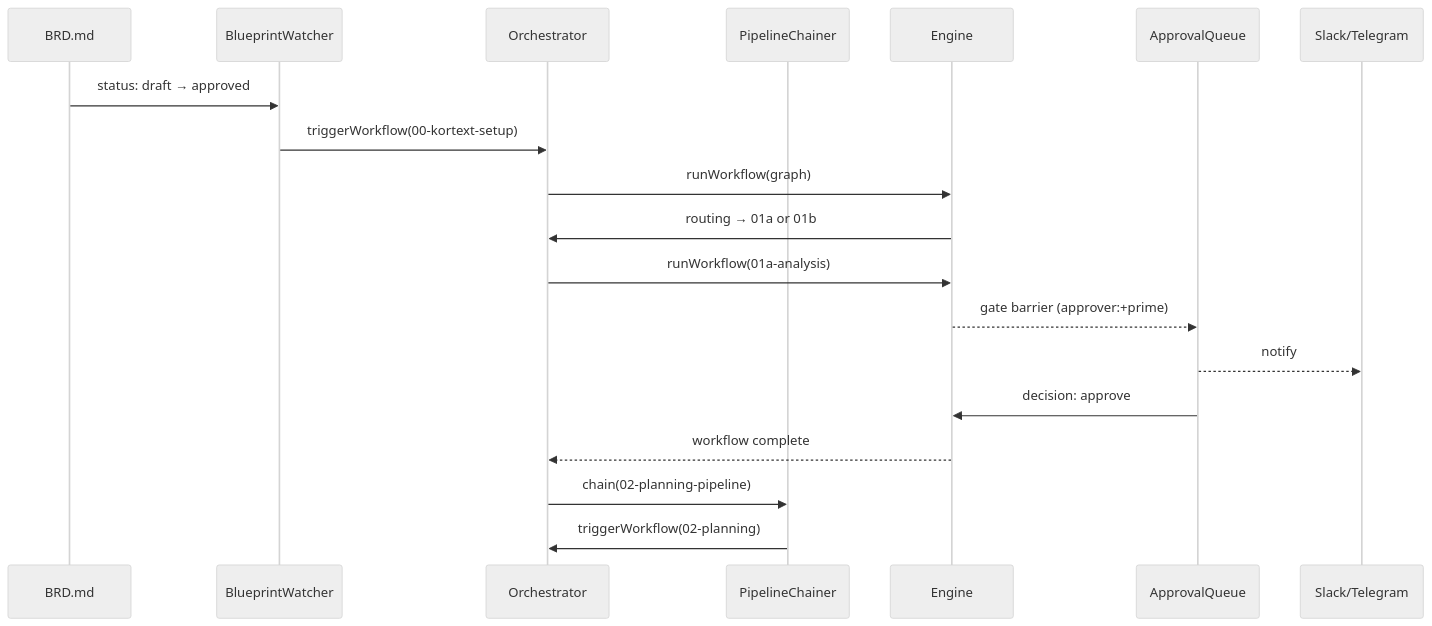
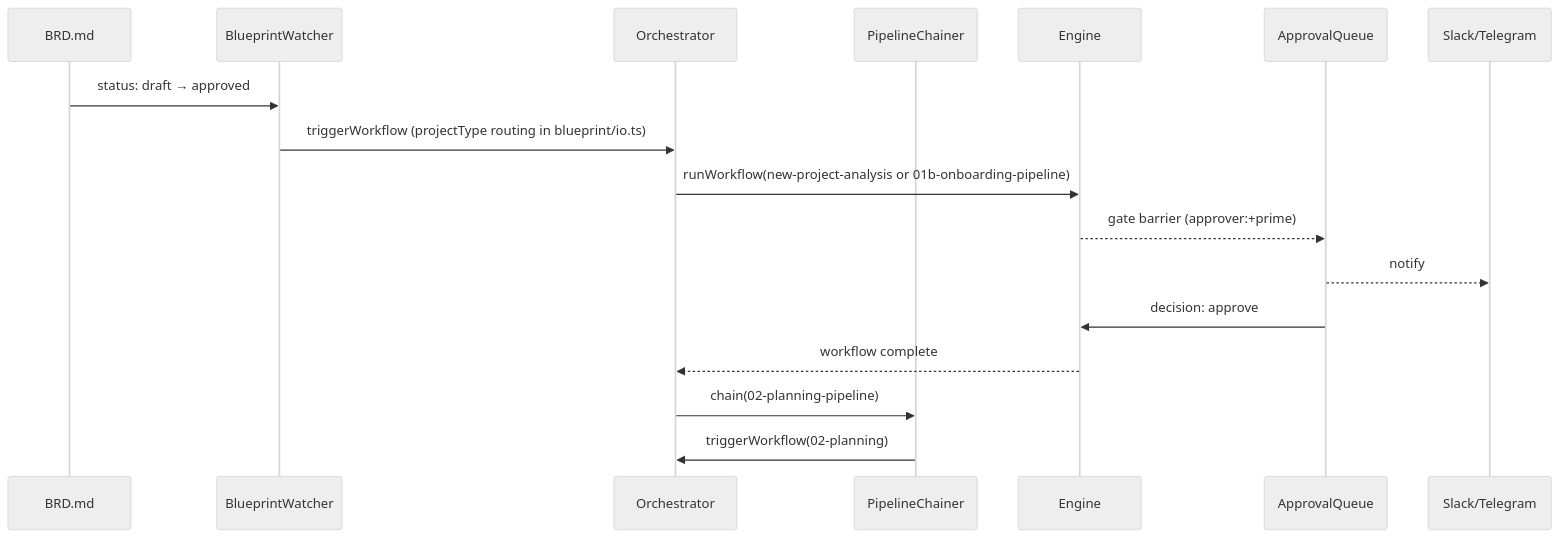
One commit to erayendes/kortext changed the fourth of 5 diagrams in development/ARCHITECTURE.md. Above: the diagram before and after it, drawn with Mermaid (neutral theme). The commit also changed 16 other files, not shown here.

First line of the commit message:
docs+code(workflow): rename 01a-analysis-pipeline → new-project-analysis + cleanup

````diff
--- a/development/ARCHITECTURE.md
+++ b/development/ARCHITECTURE.md
@@ -250,22 +250,20 @@
 ```mermaid
 sequenceDiagram
     participant File as BRD.md
     participant W as BlueprintWatcher
     participant O as Orchestrator
     participant C as PipelineChainer
     participant E as Engine
     participant Q as ApprovalQueue
     participant N as Slack/Telegram
 
     File->>W: status: draft → approved
-    W->>O: triggerWorkflow(00-kortext-setup)
-    O->>E: runWorkflow(graph)
-    E->>O: routing → 01a or 01b
-    O->>E: runWorkflow(01a-analysis)
+    W->>O: triggerWorkflow (projectType routing in blueprint/io.ts)
+    O->>E: runWorkflow(new-project-analysis or 01b-onboarding-pipeline)
     E-->>Q: gate barrier (approver:+prime)
     Q-->>N: notify
     Q->>E: decision: approve
     E-->>O: workflow complete
     O->>C: chain(02-planning-pipeline)
     C->>O: triggerWorkflow(02-planning)
 ```
````
